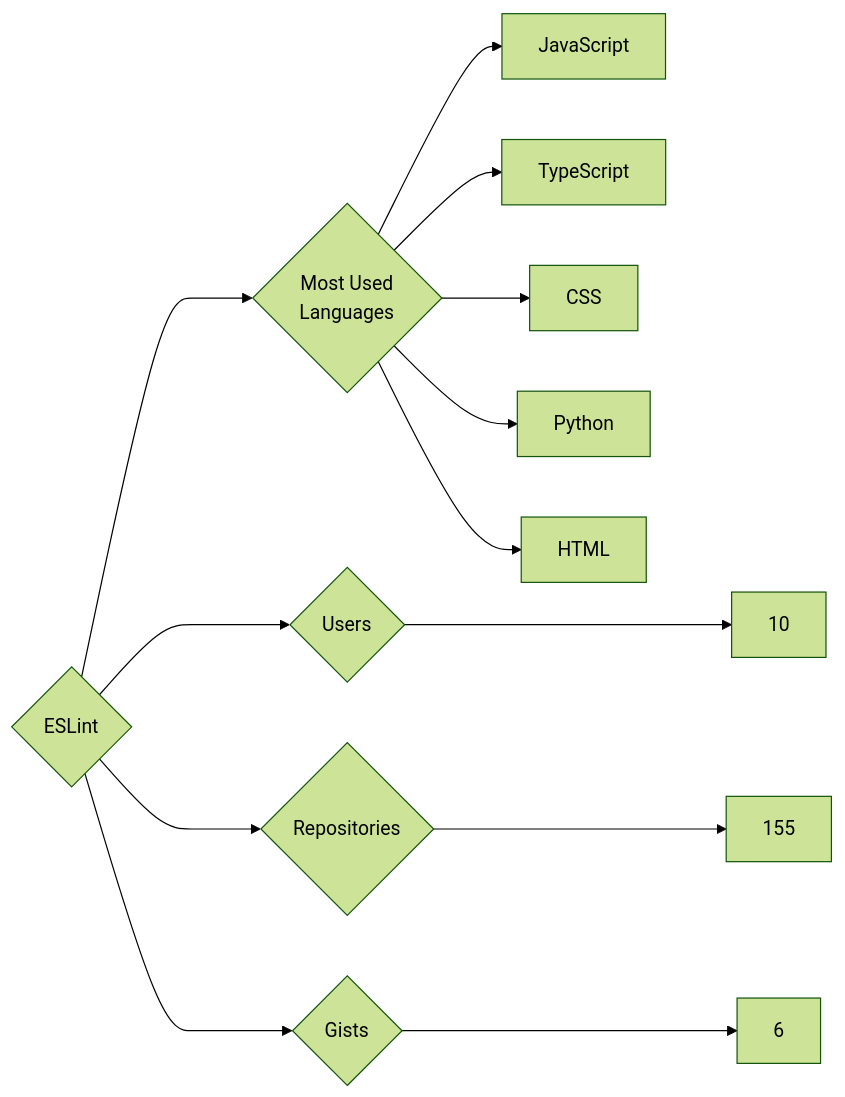
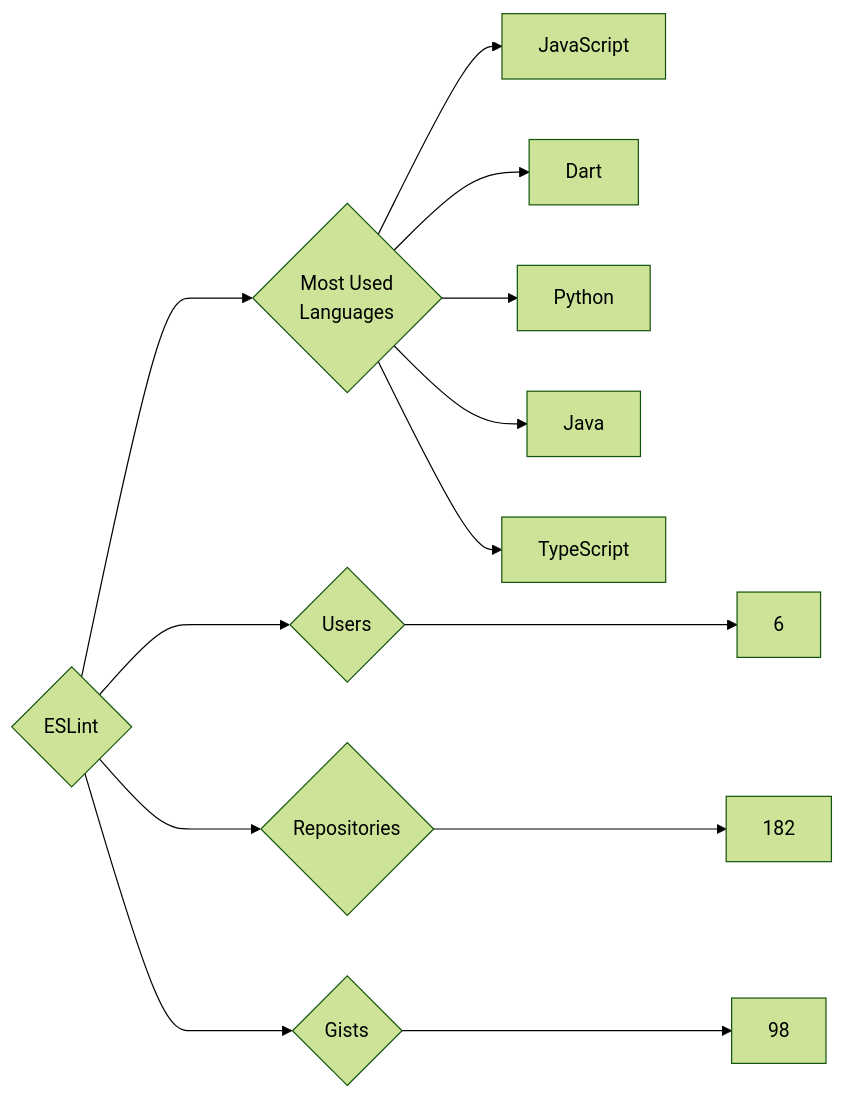
Before and after one commit to trickest/insiders: the diagram in targets/ESLint/README.md, drawn with Mermaid (forest theme). The commit also changed 993 other files, not shown here.

````diff
--- a/targets/ESLint/README.md
+++ b/targets/ESLint/README.md
@@ -3,13 +3,13 @@
 ```mermaid
 graph LR
 COMPANY_NAME{ESLint}
-COMPANY_NAME ---> U{Users} ---> UN[10]
-COMPANY_NAME ---> R{Repositories} ---> RN[155]
-COMPANY_NAME ---> G{Gists} ---> GN[6]
+COMPANY_NAME ---> U{Users} ---> UN[6]
+COMPANY_NAME ---> R{Repositories} ---> RN[182]
+COMPANY_NAME ---> G{Gists} ---> GN[98]
 COMPANY_NAME ---> ML{Most Used<br>Languages}
 ML --> JavaScript[JavaScript]
+ML --> Dart[Dart]
+ML --> Python[Python]
+ML --> Java[Java]
 ML --> TypeScript[TypeScript]
-ML --> CSS[CSS]
-ML --> Python[Python]
-ML --> HTML[HTML]
 ```
````
